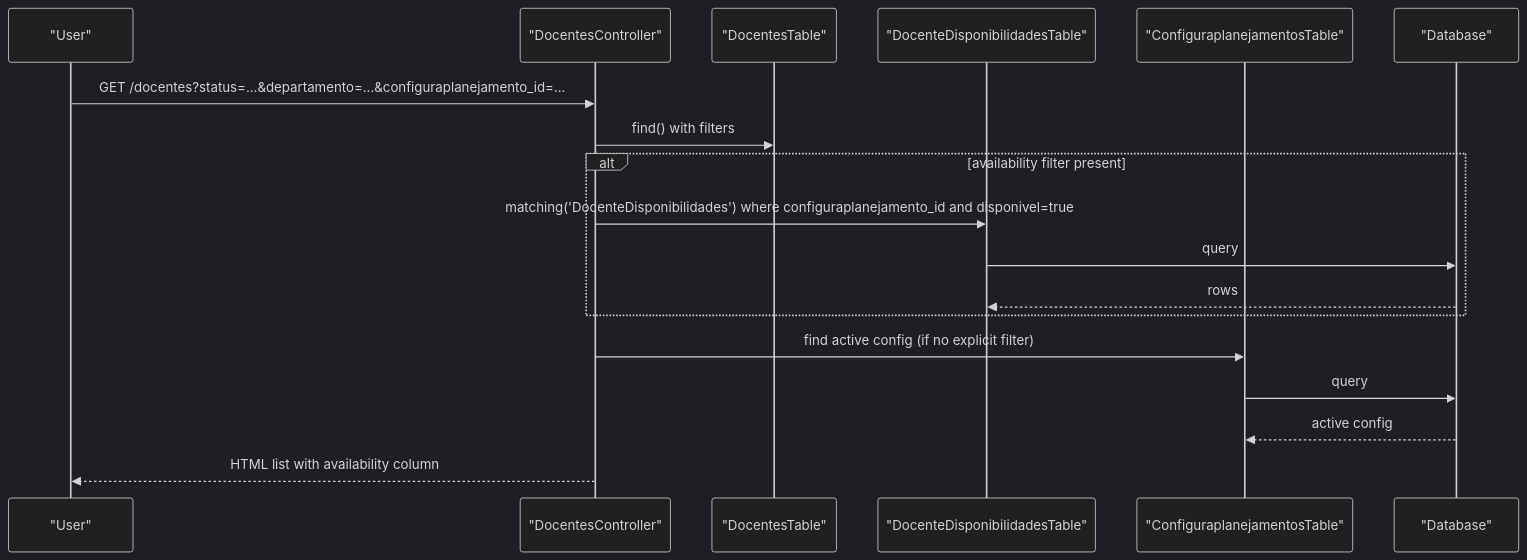
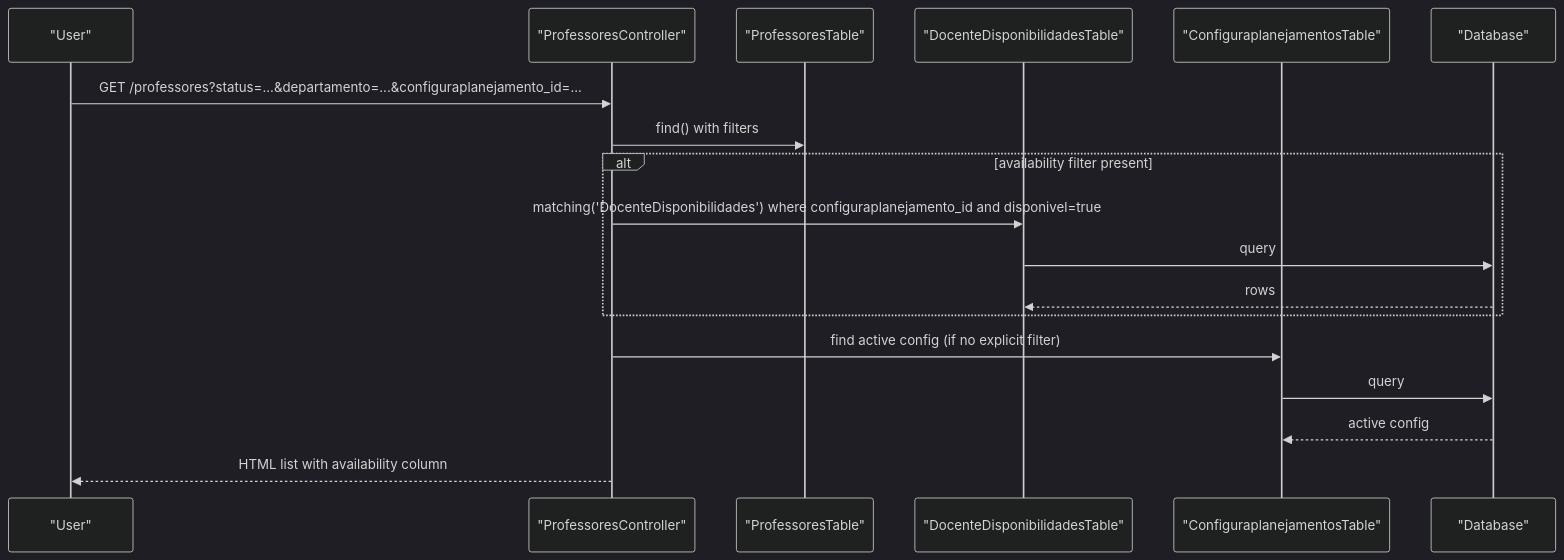
The second of 6 diagrams in .qoder/repowiki/en/content/Core Features/Faculty Management/Faculty Management.md (luiseduacosta/planejamento5), drawn with Mermaid (dark theme) before and after one commit. The commit also changed other lines of this file and 37 other files, not shown here.

Commit message:
repowiki: rename Docentes → Professores in metadata

````diff
--- a/.qoder/repowiki/en/content/Core Features/Faculty Management/Faculty Management.md
+++ b/.qoder/repowiki/en/content/Core Features/Faculty Management/Faculty Management.md
@@ -146,20 +146,20 @@
 ```mermaid
 sequenceDiagram
 participant U as "User"
-participant DC as "DocentesController"
-participant DT as "DocentesTable"
+participant DC as "ProfessoresController"
+participant DT as "ProfessoresTable"
 participant DDT as "DocenteDisponibilidadesTable"
 participant CT as "ConfiguraplanejamentosTable"
 participant DB as "Database"
-U->>DC : GET /docentes?status=...&departamento=...&configuraplanejamento_id=...
+U->>DC : GET /professores?status=...&departamento=...&configuraplanejamento_id=...
 DC->>DT : find() with filters
 alt availability filter present
 DC->>DDT : matching('DocenteDisponibilidades') where configuraplanejamento_id and disponivel=true
 DDT->>DB : query
 DB-->>DDT : rows
 end
 DC->>CT : find active config (if no explicit filter)
 CT->>DB : query
 DB-->>CT : active config
 DC-->>U : HTML list with availability column
 ```
````
